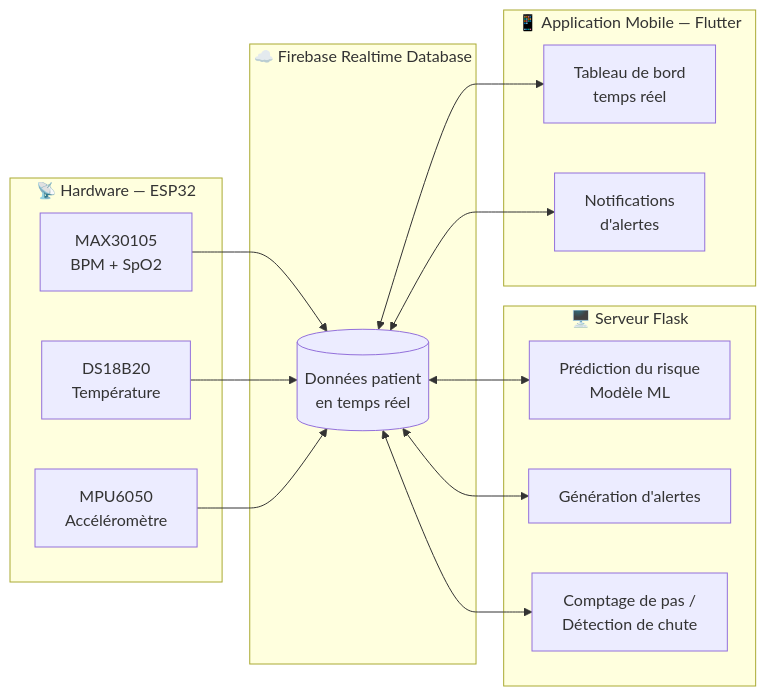
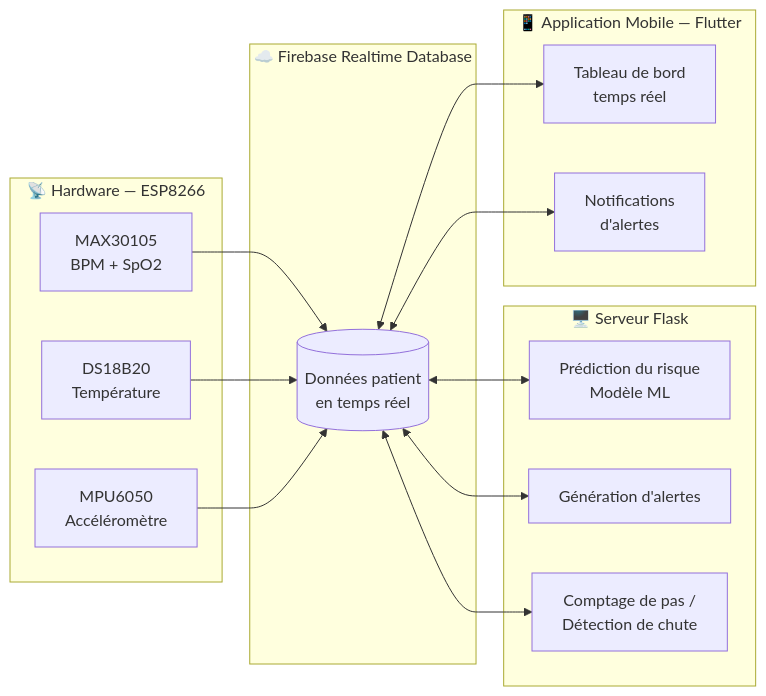
Before and after one commit to elazizamariemlanouar/LifeBeat: the diagram in README.md, drawn with Mermaid. The commit also changed other lines of this file, not shown here.

````diff
--- a/README.md
+++ b/README.md
@@ -76,32 +74,32 @@
 ```mermaid
 flowchart LR
-    subgraph HW["📡 Hardware — ESP32"]
+    subgraph HW["📡 Hardware — ESP8266"]
         A[MAX30105<br/>BPM + SpO2]
         B[DS18B20<br/>Température]
         C[MPU6050<br/>Accéléromètre]
     end
 
     subgraph FB["☁️ Firebase Realtime Database"]
         D[(Données patient<br/>en temps réel)]
     end
 
     subgraph SRV["🖥️ Serveur Flask"]
         E[Prédiction du risque<br/>Modèle ML]
         F[Génération d'alertes]
         G[Comptage de pas /<br/>Détection de chute]
     end
 
     subgraph APP["📱 Application Mobile — Flutter"]
         H[Tableau de bord<br/>temps réel]
         I[Notifications<br/>d'alertes]
     end
 
     A --> D
     B --> D
     C --> D
     D <--> E
     D <--> F
     D <--> G
     D <--> H
     D <--> I
 ```
````
